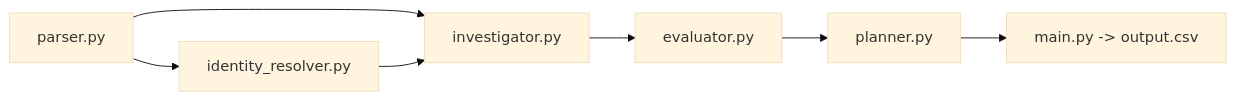
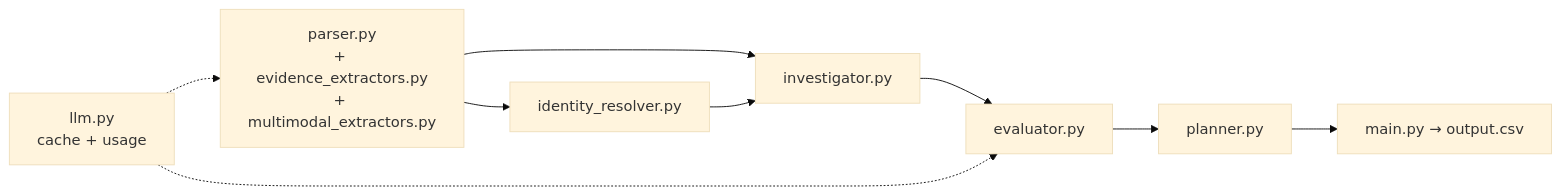
The diagram in README.md (Valentina17varela/hackathons), drawn with Mermaid (base theme) before and after one commit. The commit also changed other lines of this file and 1 other file, not shown here.

````diff
--- a/README.md
+++ b/README.md
@@ -19,9 +48,11 @@
 ```mermaid
 flowchart LR
-  A[parser.py] --> B[identity_resolver.py]
+  A[parser.py<br/>+ evidence_extractors.py<br/>+ multimodal_extractors.py] --> B[identity_resolver.py]
   A --> C[investigator.py]
   B --> C
   C --> D[evaluator.py]
   D --> E[planner.py]
-  E --> F[main.py -> output.csv]
+  E --> F[main.py → output.csv]
+  L[llm.py<br/>cache + usage] -.-> A
+  L -.-> D
 ```
````
